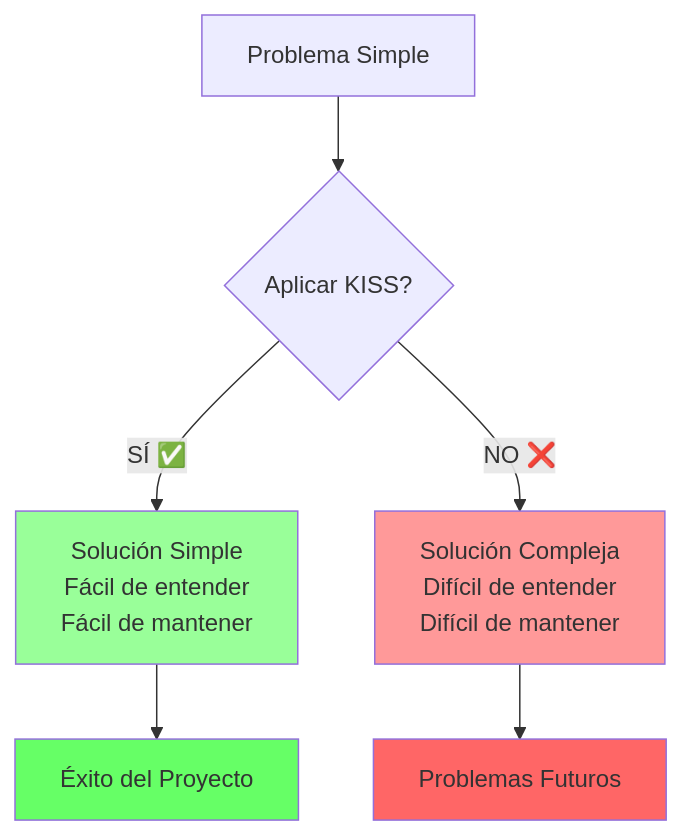
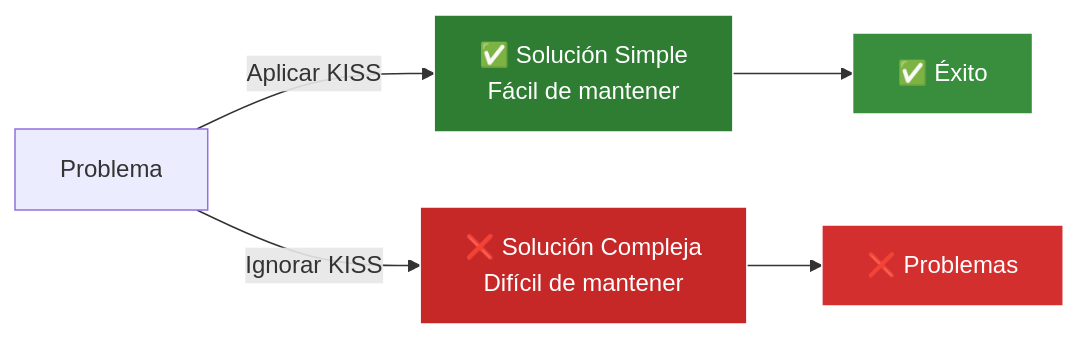
Before and after one commit to JhonLaurens/KISS-YAGNI: the ninth of 10 diagrams in DIAGRAMAS_C4.md, drawn with Mermaid. The commit also changed other lines of this file, not shown here.

Commit message:
Mejorar contraste de diagramas para tema oscuro

````diff
--- a/DIAGRAMAS_C4.md
+++ b/DIAGRAMAS_C4.md
@@ -275,14 +290,13 @@
 ```mermaid
-graph TD
-    A[Problema Simple] --> B{Aplicar KISS?}
-    B -->|SÍ ✅| C[Solución Simple<br/>Fácil de entender<br/>Fácil de mantener]
-    B -->|NO ❌| D[Solución Compleja<br/>Difícil de entender<br/>Difícil de mantener]
-    
-    C --> E[Éxito del Proyecto]
-    D --> F[Problemas Futuros]
-    
-    style C fill:#99ff99
-    style D fill:#ff9999
-    style E fill:#66ff66
-    style F fill:#ff6666
+graph LR
+    A["Problema"] -->|Aplicar KISS| B["✅ Solución Simple<br/>Fácil de mantener"]
+    A -->|Ignorar KISS| C["❌ Solución Compleja<br/>Difícil de mantener"]
+
+    B --> D["✅ Éxito"]
+    C --> E["❌ Problemas"]
+
+    style B fill:#2e7d32,color:#fff,stroke:#fff
+    style C fill:#c62828,color:#fff,stroke:#fff
+    style D fill:#388e3c,color:#fff,stroke:#fff
+    style E fill:#d32f2f,color:#fff,stroke:#fff
 ```
````
